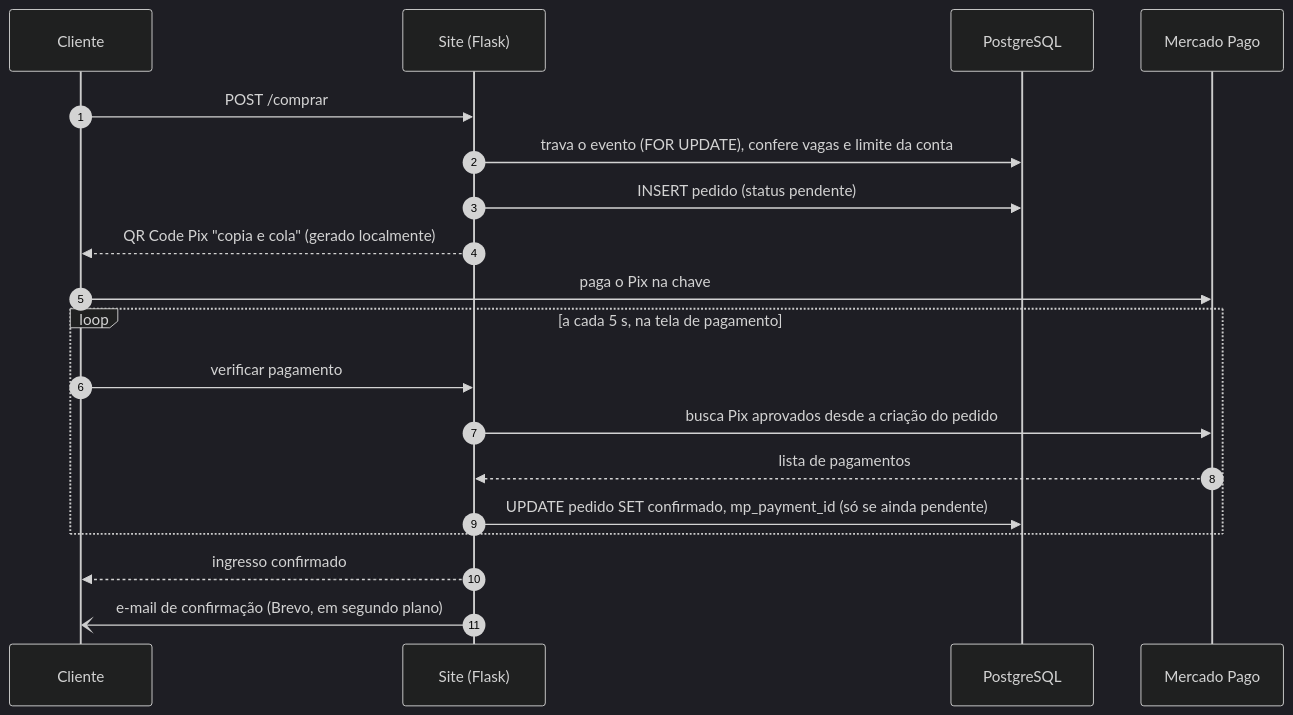
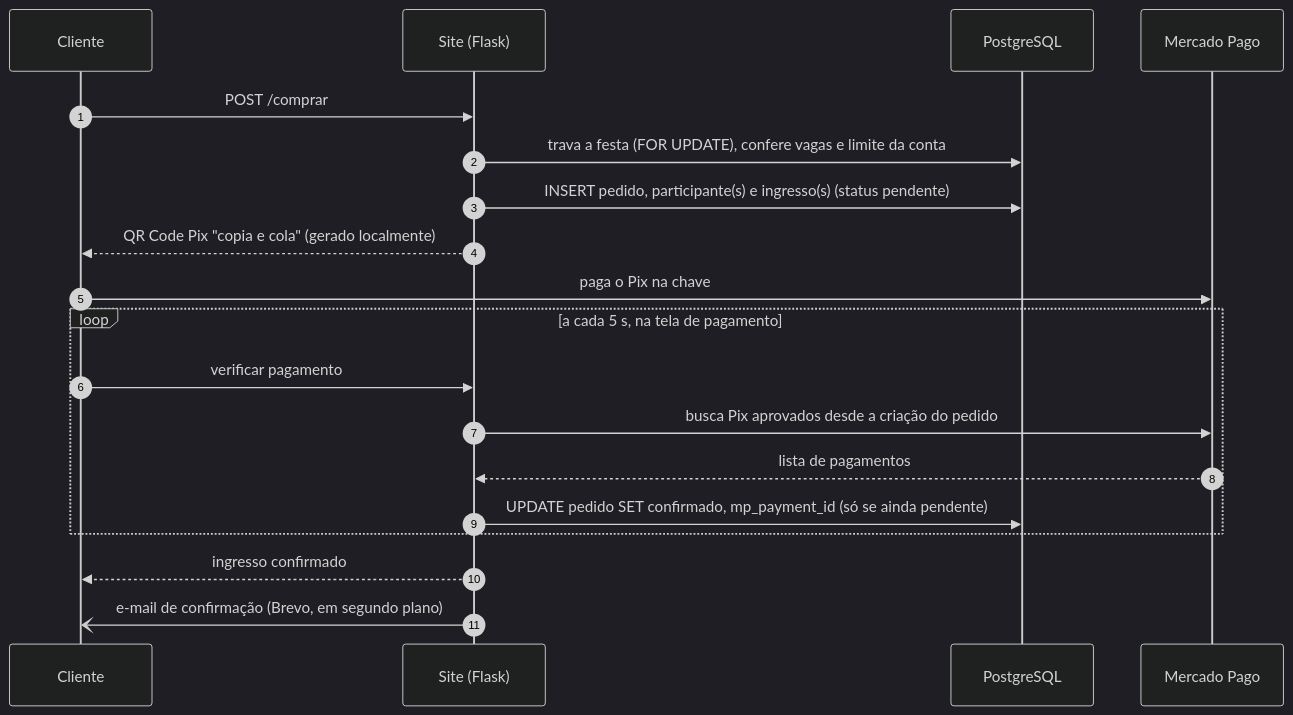
One commit to gustavofcss/back-to-halloween changed the second of 3 diagrams in docs/ARQUITETURA.md. Above: the diagram before and after it, drawn with Mermaid (dark theme). The commit also changed other lines of this file and 22 other files, not shown here.

````diff
--- a/docs/ARQUITETURA.md
+++ b/docs/ARQUITETURA.md
@@ -31,22 +31,22 @@
 ```mermaid
 sequenceDiagram
     autonumber
     participant C as Cliente
     participant S as Site (Flask)
     participant DB as PostgreSQL
     participant MP as Mercado Pago
 
     C->>S: POST /comprar
-    S->>DB: trava o evento (FOR UPDATE), confere vagas e limite da conta
-    S->>DB: INSERT pedido (status pendente)
+    S->>DB: trava a festa (FOR UPDATE), confere vagas e limite da conta
+    S->>DB: INSERT pedido, participante(s) e ingresso(s) (status pendente)
     S-->>C: QR Code Pix "copia e cola" (gerado localmente)
     C->>MP: paga o Pix na chave
     loop a cada 5 s, na tela de pagamento
         C->>S: verificar pagamento
         S->>MP: busca Pix aprovados desde a criação do pedido
         MP-->>S: lista de pagamentos
         S->>DB: UPDATE pedido SET confirmado, mp_payment_id (só se ainda pendente)
     end
     S-->>C: ingresso confirmado
     S-)C: e-mail de confirmação (Brevo, em segundo plano)
 ```
````
